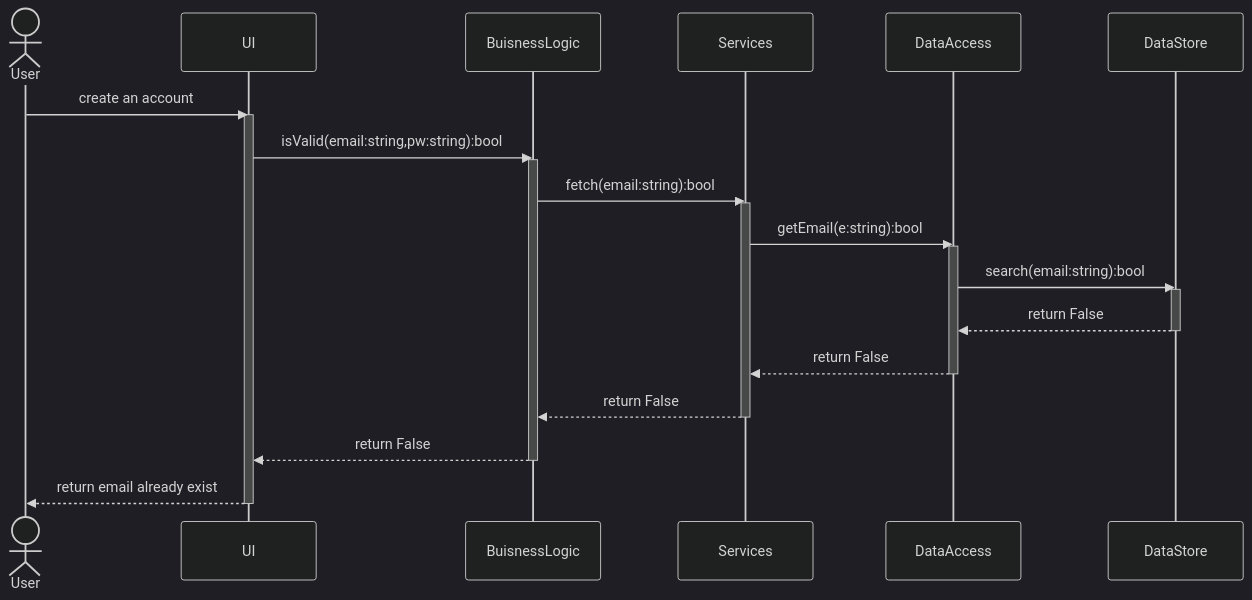
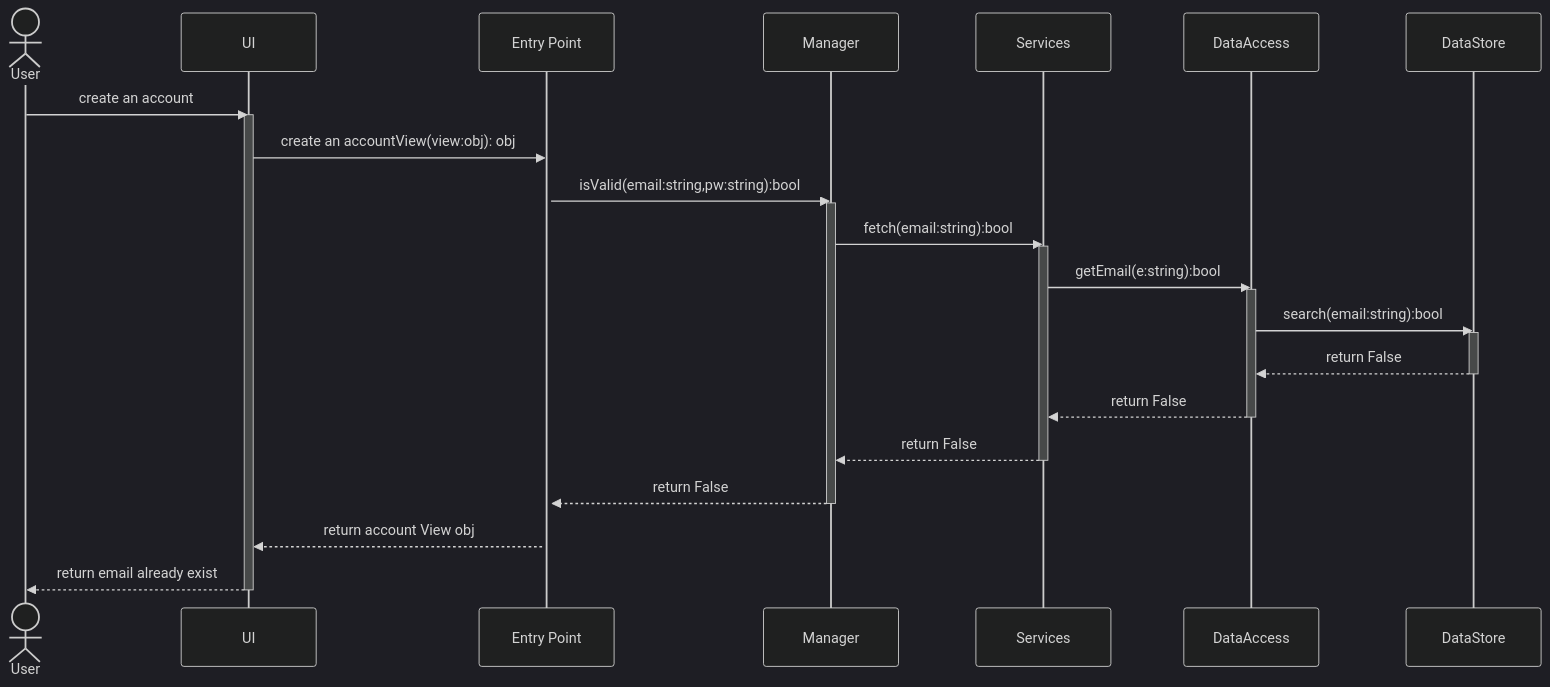
One commit to JosephArmas/cecs-491A-Team-Big-Data changed the diagram in milestone 2/low level design/registration/failures/v2/account/account_email_exist.md. Above: the diagram before and after it, drawn with Mermaid (dark theme). The commit also changed 6 other files, not shown here.

Commit message:
added entry point to all diagrams

````diff
--- a/milestone 2/low level design/registration/failures/v2/account/account_email_exist.md
+++ b/milestone 2/low level design/registration/failures/v2/account/account_email_exist.md
@@ -2,24 +2,27 @@
 ```mermaid
 sequenceDiagram
     actor User
     User ->> UI: create an account
     activate UI
-    UI ->> BuisnessLogic: isValid(email:string,pw:string):bool
-    activate BuisnessLogic
-    BuisnessLogic ->> Services: fetch(email:string):bool
+    UI ->> Entry Point: create an accountView(view:obj): obj
+    activate Entry Point
+    Entry Point ->> Manager: isValid(email:string,pw:string):bool
+    activate Manager
+    Manager ->> Services: fetch(email:string):bool
     activate Services
     Services ->> DataAccess: getEmail(e:string):bool 
     activate DataAccess
     DataAccess ->> DataStore: search(email:string):bool
     activate DataStore
     DataStore -->> DataAccess: return False
     deactivate DataStore
     DataAccess -->> Services: return False
     deactivate DataAccess
-    Services -->> BuisnessLogic: return False
+    Services -->> Manager: return False
     deactivate Services
-    BuisnessLogic -->> UI: return False
-    deactivate BuisnessLogic
+    Manager -->> Entry Point: return False
+    deactivate Manager
+    Entry Point -->> UI: return account View obj
     UI -->> User: return email already exist 
     deactivate UI
 ```
````
